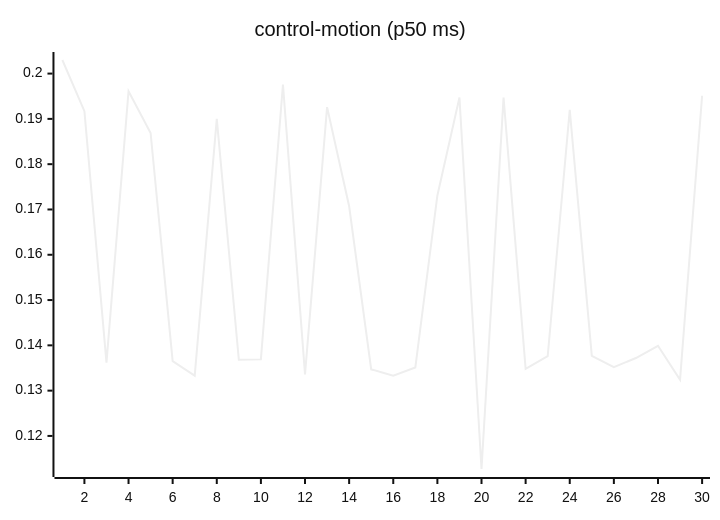
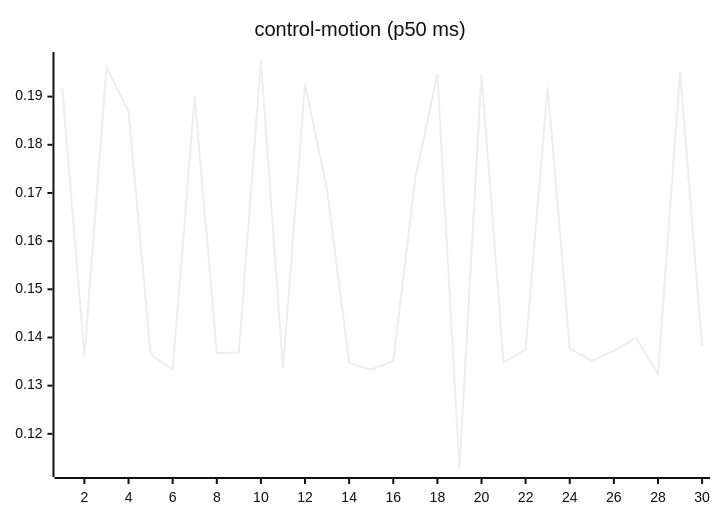
One commit to josha/Facet changed the seventh of 27 diagrams in README.md. Above: the diagram before and after it, drawn with Mermaid (neutral theme). The commit also changed other lines of this file and 2 other files, not shown here.

````diff
--- a/README.md
+++ b/README.md
@@ -105,6 +105,6 @@
 ```mermaid
 xychart-beta
     title "control-motion (p50 ms)"
     x-axis 1 --> 30
-    line [0.2030, 0.1917, 0.1362, 0.1961, 0.1869, 0.1365, 0.1333, 0.1900, 0.1368, 0.1369, 0.1976, 0.1336, 0.1926, 0.1707, 0.1347, 0.1333, 0.1351, 0.1731, 0.1947, 0.1127, 0.1947, 0.1348, 0.1376, 0.1920, 0.1377, 0.1352, 0.1372, 0.1399, 0.1324, 0.1951]
+    line [0.1917, 0.1362, 0.1961, 0.1869, 0.1365, 0.1333, 0.1900, 0.1368, 0.1369, 0.1976, 0.1336, 0.1926, 0.1707, 0.1347, 0.1333, 0.1351, 0.1731, 0.1947, 0.1127, 0.1947, 0.1348, 0.1376, 0.1920, 0.1377, 0.1352, 0.1372, 0.1399, 0.1324, 0.1951, 0.1382]
 ```
````
